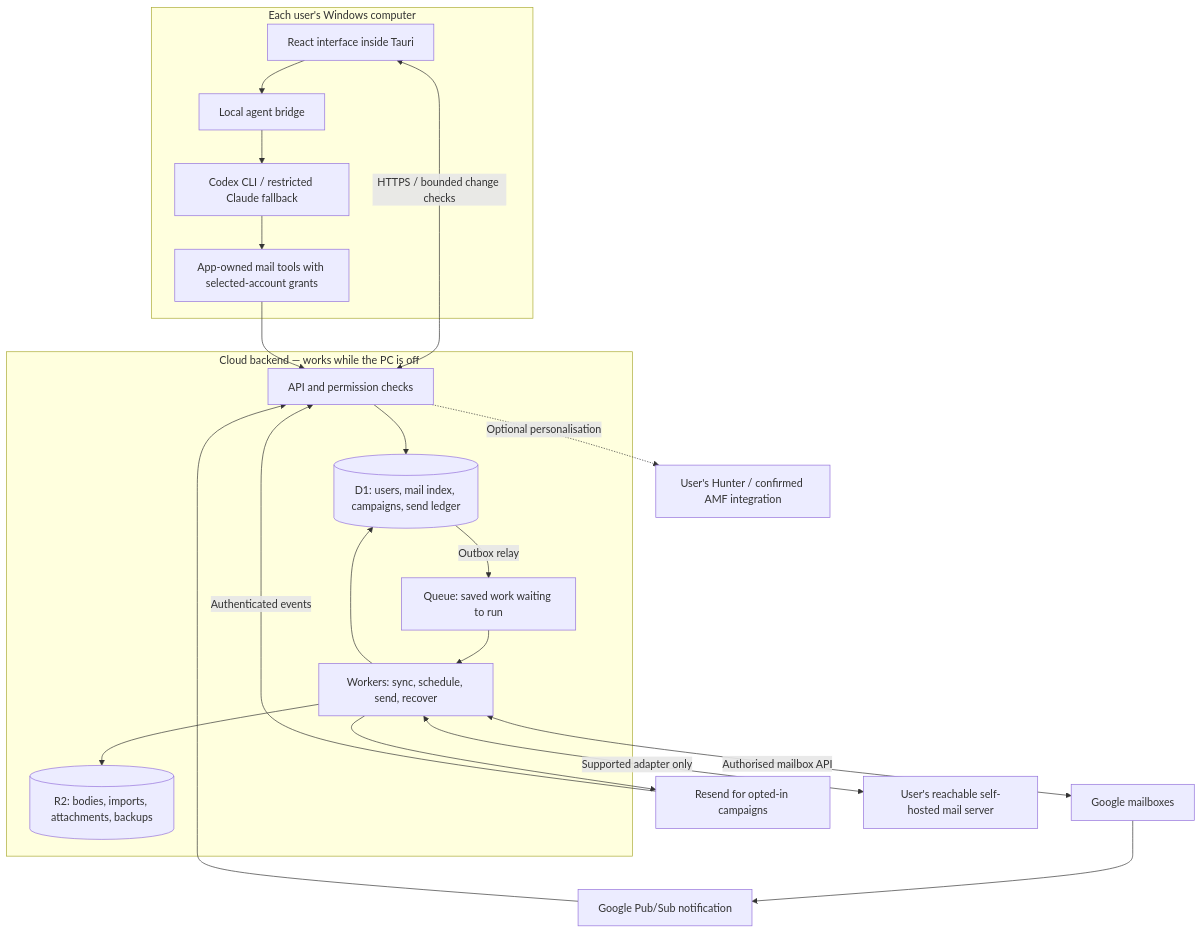
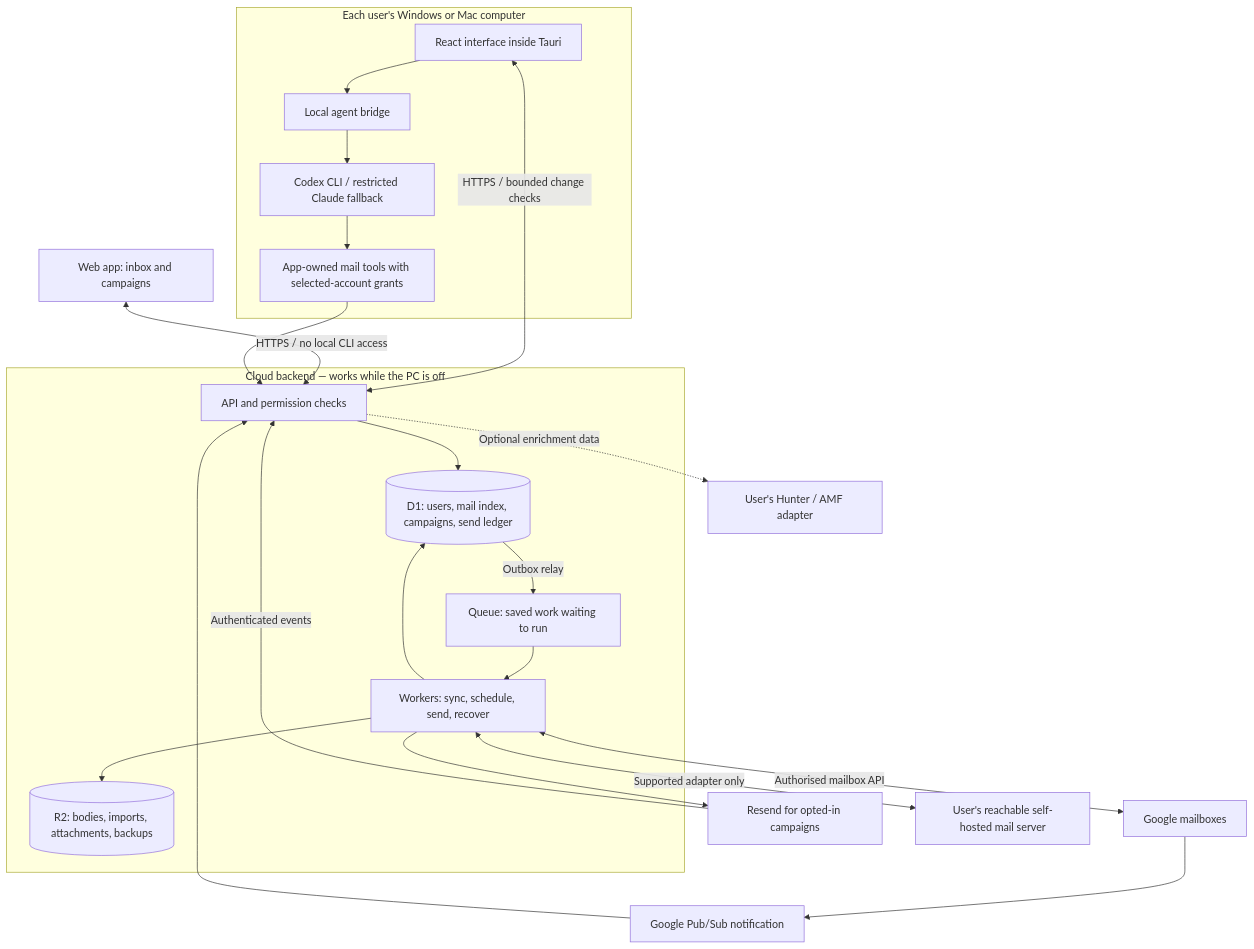
The diagram in docs/product-master-plan.md (tanzeel-roseyco/elevateo-mail), drawn with Mermaid before and after one commit. The commit also changed other lines of this file and 15 other files, not shown here.

````diff
--- a/docs/product-master-plan.md
+++ b/docs/product-master-plan.md
@@ -46,32 +50,34 @@
 ```mermaid
 flowchart TB
-  subgraph PC[Each user's Windows computer]
+  WEB[Web app: inbox and campaigns]
+  subgraph PC[Each user's Windows or Mac computer]
     UI[React interface inside Tauri]
     BR[Local agent bridge]
     AI[Codex CLI / restricted Claude fallback]
     UI --> BR --> AI
     MCP[App-owned mail tools with selected-account grants]
     AI --> MCP
   end
   subgraph CLOUD[Cloud backend — works while the PC is off]
     API[API and permission checks]
     DB[(D1: users, mail index, campaigns, send ledger)]
     Q[Queue: saved work waiting to run]
     JOB[Workers: sync, schedule, send, recover]
     FILES[(R2: bodies, imports, attachments, backups)]
     API --> DB
     DB -->|Outbox relay| Q
     Q --> JOB
     JOB --> DB
     JOB --> FILES
   end
   UI <-->|HTTPS / bounded change checks| API
+  WEB <-->|HTTPS / no local CLI access| API
   MCP --> API
   JOB <-->|Authorised mailbox API| GOOGLE[Google mailboxes]
   GOOGLE --> PUSH[Google Pub/Sub notification]
   PUSH --> API
   JOB --> SEND[Resend for opted-in campaigns]
   SEND -->|Authenticated events| API
   JOB <-->|Supported adapter only| SELF[User's reachable self-hosted mail server]
-  API -. Optional personalisation .-> HUNTER[User's Hunter / confirmed AMF integration]
+  API -. Optional enrichment data .-> HUNTER[User's Hunter / AMF adapter]
 ```
````
